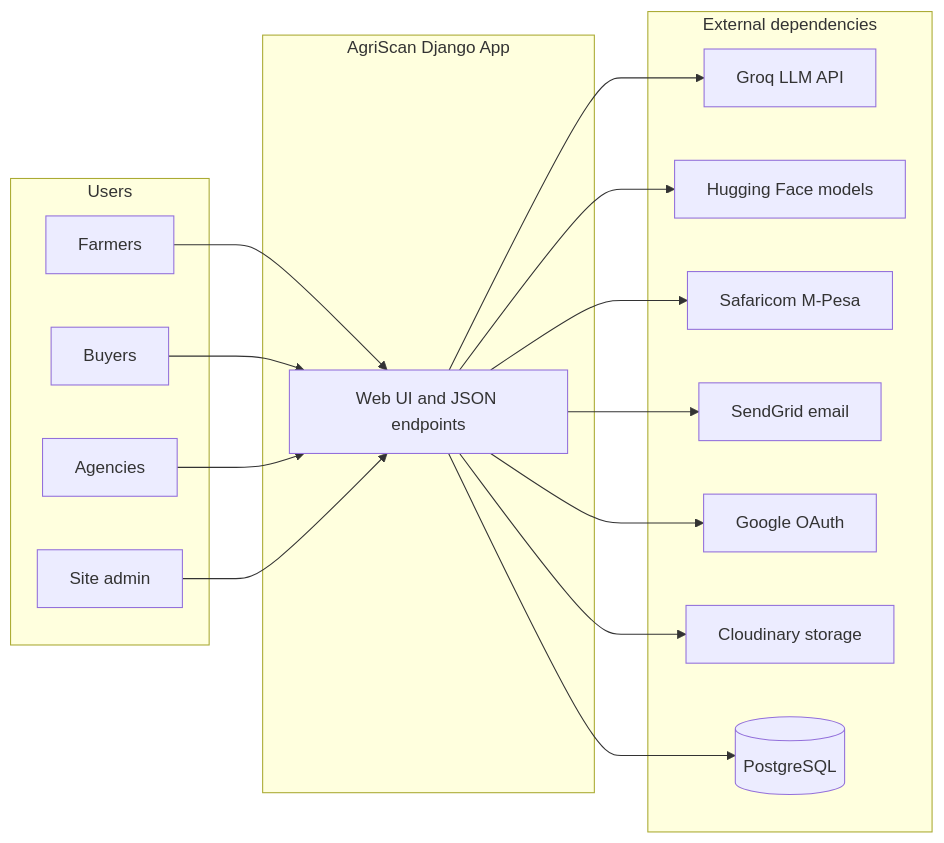
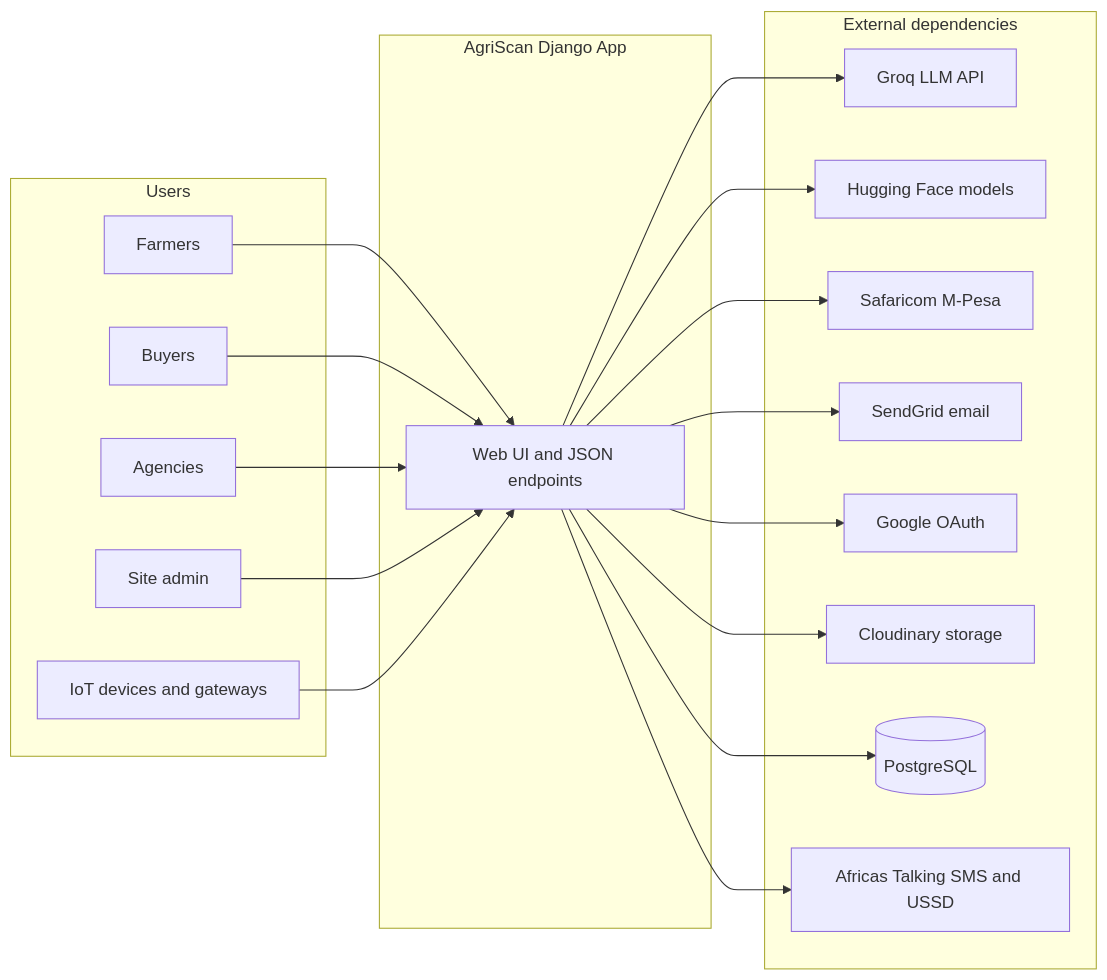
The first of 3 diagrams in docs/SYSTEM_DOCUMENTATION.md (AGRICULTURE-STARTUP/crop_AI_analyzer), drawn with Mermaid before and after one commit. The commit also changed other lines of this file and 13 other files, not shown here.

````diff
--- a/docs/SYSTEM_DOCUMENTATION.md
+++ b/docs/SYSTEM_DOCUMENTATION.md
@@ -58,32 +75,36 @@
 ```mermaid
 flowchart LR
     subgraph users [Users]
         F[Farmers]
         B[Buyers]
         A[Agencies]
         AD[Site admin]
+        D[IoT devices and gateways]
     end
     subgraph agri [AgriScan Django App]
         WEB[Web UI and JSON endpoints]
     end
     subgraph external [External dependencies]
         GROQ[Groq LLM API]
         HF[Hugging Face models]
         MPESA[Safaricom M-Pesa]
         SG[SendGrid email]
         GOOG[Google OAuth]
         CL[Cloudinary storage]
         PG[(PostgreSQL)]
+        AT[Africas Talking SMS and USSD]
     end
     F --> WEB
     B --> WEB
     A --> WEB
     AD --> WEB
+    D --> WEB
     WEB --> GROQ
     WEB --> HF
     WEB --> MPESA
     WEB --> SG
     WEB --> GOOG
     WEB --> CL
     WEB --> PG
+    WEB --> AT
 ```
````
